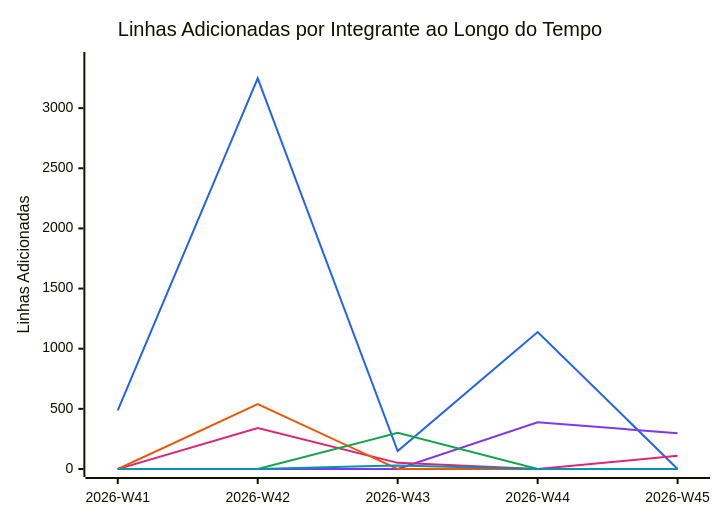
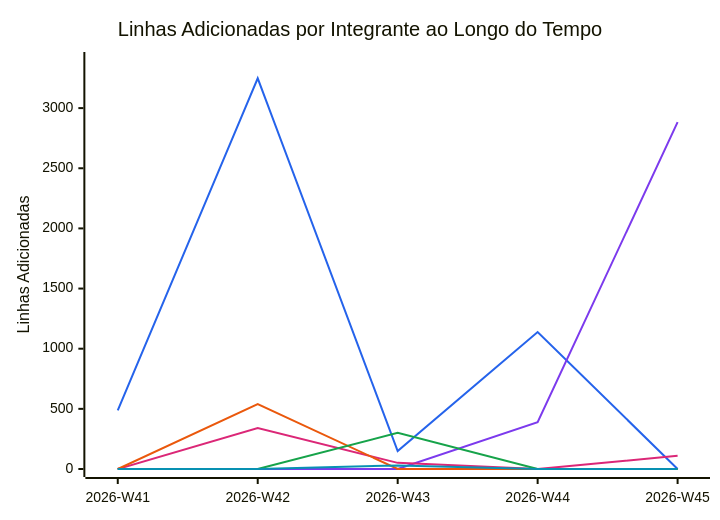
One commit to FCTE-Qualidade-de-Software-1/2026-2_T02_FRANS_BILAS changed the diagram in documentation/snippets/management/code-additions.mmd. Above: the diagram before and after it, drawn with Mermaid. The commit also changed 3 other files, not shown here.

```diff
--- a/documentation/snippets/management/code-additions.mmd
+++ b/documentation/snippets/management/code-additions.mmd
@@ -1,11 +1,11 @@
 %%{init: {"themeVariables": {"xyChart": {"plotColorPalette": "#2563eb, #7c3aed, #db2777, #ea580c, #16a34a, #0891b2"}}}}%%
 xychart-beta
     title "Linhas Adicionadas por Integrante ao Longo do Tempo"
     x-axis ["2026-W41", "2026-W42", "2026-W43", "2026-W44", "2026-W45"]
     y-axis "Linhas Adicionadas" 0 --> 3400
     line [488, 3248, 149, 1139, 0]
-    line [0, 0, 0, 389, 297]
+    line [0, 0, 0, 389, 2883]
     line [0, 340, 51, 0, 110]
     line [0, 540, 0, 0, 0]
     line [0, 0, 301, 0, 0]
     line [0, 0, 30, 0, 0]
```
